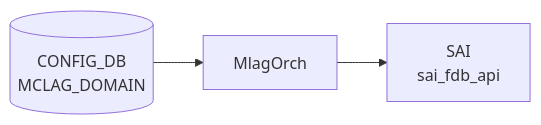
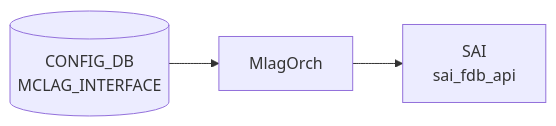
The diagram in docs/reference/config-db/mclag-interface.md (aoki-taquan/sonic-unofficial-docs), drawn with Mermaid before and after one commit. The commit also changed 2 other files, not shown here.

Commit message:
fix(config-db): review batch 094 — mermaid CDB label errors and duplicate heading
- mclag-interface.md: fix mermaid CDB label MCLAG_DOMAIN → MCLAG_INTERFACE
- mclag-unique-ip.md: fix mermaid CDB label MCLAG_DOMAIN → MCLAG_UNIQUE_IP
- mgmt-interface.md: disambiguate duplicate Phase F heading (append "— interfaces-config 詳細")

````diff
--- a/docs/reference/config-db/mclag-interface.md
+++ b/docs/reference/config-db/mclag-interface.md
@@ -55,8 +55,8 @@
 ```mermaid
 flowchart LR
-  CDB[("CONFIG_DB<br/>MCLAG_DOMAIN")]
+  CDB[("CONFIG_DB<br/>MCLAG_INTERFACE")]
   DM["MlagOrch"]
   CDB --> DM
   SAI["SAI<br/>sai_fdb_api"]
   DM --> SAI
 ```
````
